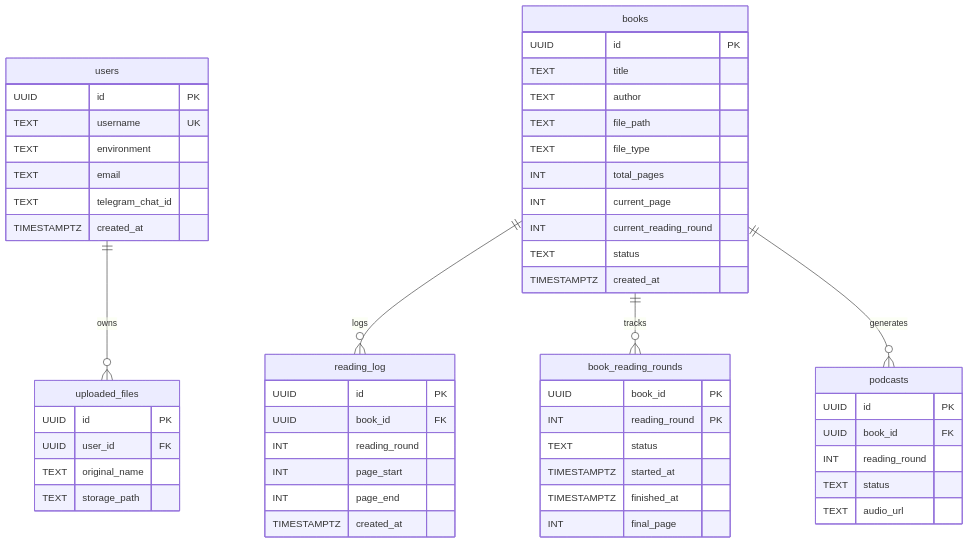
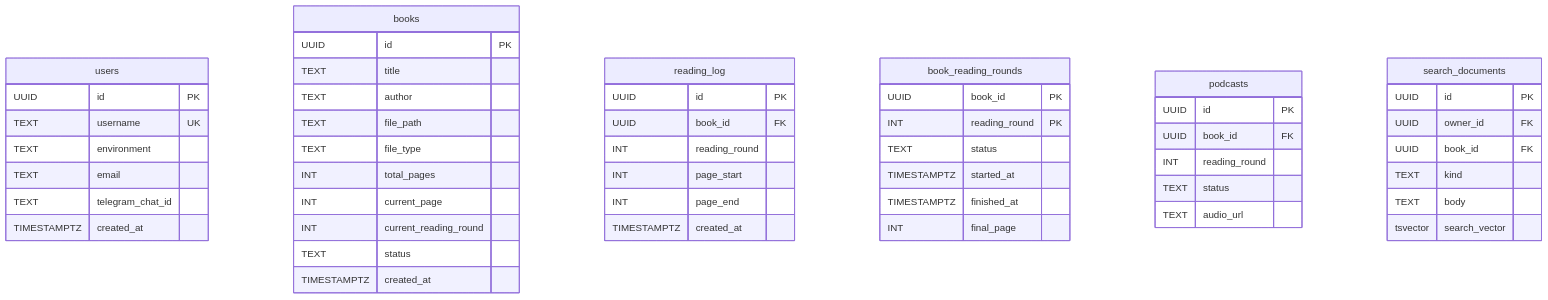
The diagram in openwiki/architecture/database-schema.md (tuanhuytruong/chapter), drawn with Mermaid before and after one commit. The commit also changed other lines of this file and 20 other files, not shown here.

````diff
--- a/openwiki/architecture/database-schema.md
+++ b/openwiki/architecture/database-schema.md
@@ -50,62 +52,59 @@
 ```mermaid
 erDiagram
     users {
         UUID id PK
         TEXT username UK
         TEXT environment
         TEXT email
         TEXT telegram_chat_id
         TIMESTAMPTZ created_at
     }
 
     books {
         UUID id PK
         TEXT title
         TEXT author
         TEXT file_path
         TEXT file_type
         INT total_pages
         INT current_page
         INT current_reading_round
         TEXT status
         TIMESTAMPTZ created_at
     }
 
     reading_log {
         UUID id PK
         UUID book_id FK
         INT reading_round
         INT page_start
         INT page_end
         TIMESTAMPTZ created_at
     }
 
     book_reading_rounds {
         UUID book_id PK
         INT reading_round PK
         TEXT status
         TIMESTAMPTZ started_at
         TIMESTAMPTZ finished_at
         INT final_page
     }
 
     podcasts {
         UUID id PK
         UUID book_id FK
         INT reading_round
         TEXT status
         TEXT audio_url
     }
 
-    uploaded_files {
+    search_documents {
         UUID id PK
-        UUID user_id FK
-        TEXT original_name
-        TEXT storage_path
+        UUID owner_id FK
+        UUID book_id FK
+        TEXT kind
+        TEXT body
+        tsvector search_vector
     }
-
-    users ||--o{ uploaded_files : owns
-    books ||--o{ reading_log : logs
-    books ||--o{ book_reading_rounds : tracks
-    books ||--o{ podcasts : generates
 ```
````
